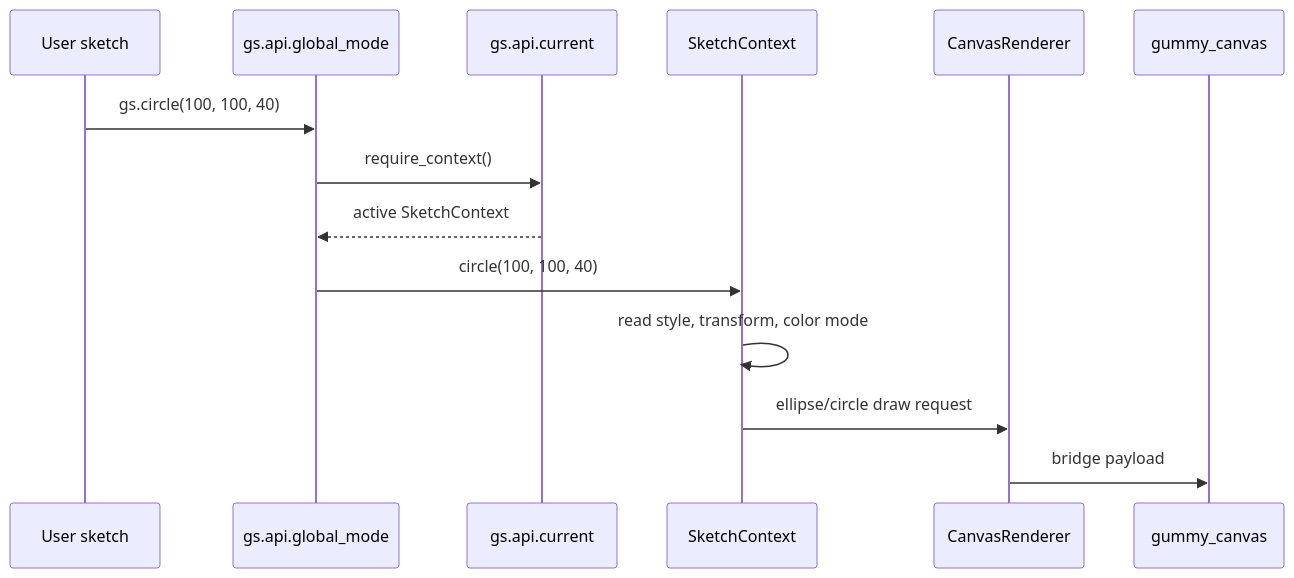
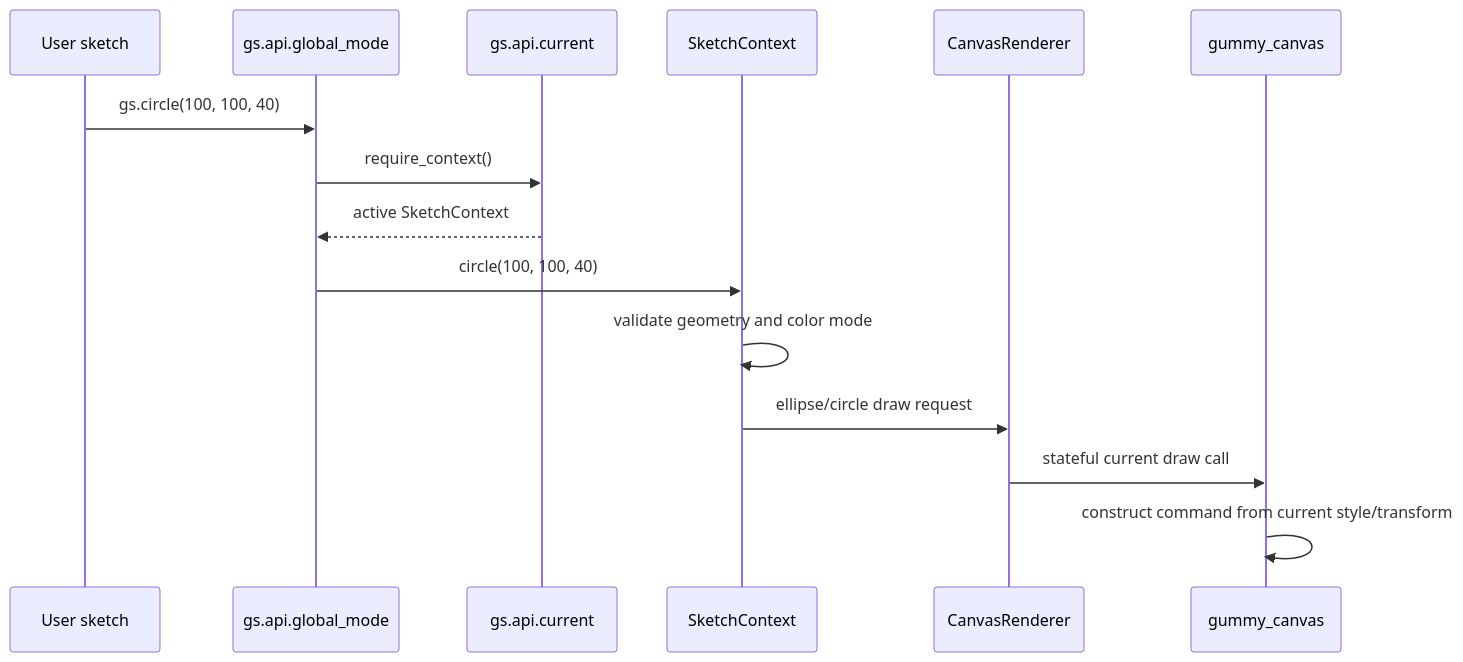
Before and after one commit to JonathanHHenson/gummy_snake: the fourth of 4 diagrams in docs/contribute/architecture.md, drawn with Mermaid. The commit also changed other lines of this file and 12 other files, not shown here.

````diff
--- a/docs/contribute/architecture.md
+++ b/docs/contribute/architecture.md
@@ -166,17 +172,18 @@
 ```mermaid
 sequenceDiagram
     participant User as User sketch
     participant API as gs.api.global_mode
     participant Current as gs.api.current
     participant Ctx as SketchContext
     participant Renderer as CanvasRenderer
     participant Rust as gummy_canvas
 
     User->>API: gs.circle(100, 100, 40)
     API->>Current: require_context()
     Current-->>API: active SketchContext
     API->>Ctx: circle(100, 100, 40)
-    Ctx->>Ctx: read style, transform, color mode
+    Ctx->>Ctx: validate geometry and color mode
     Ctx->>Renderer: ellipse/circle draw request
-    Renderer->>Rust: bridge payload
+    Renderer->>Rust: stateful current draw call
+    Rust->>Rust: construct command from current style/transform
 ```
````
